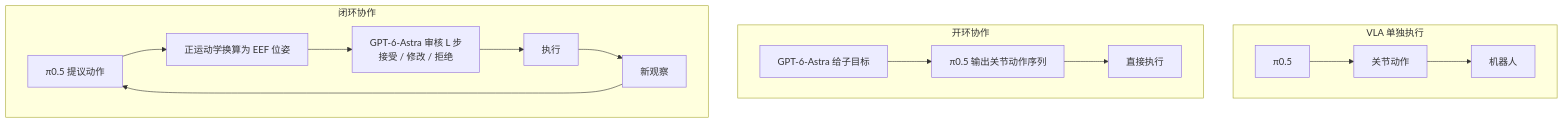
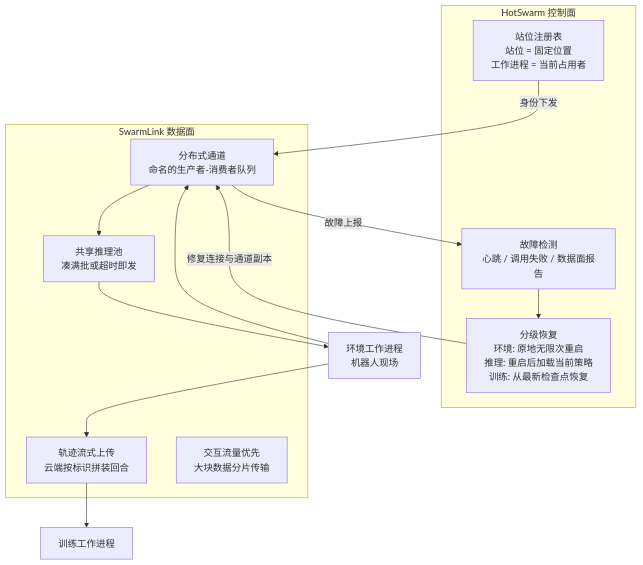
One commit to yingwang/paper-reads changed the fifth of 7 diagrams in docs/index.md. Above: the diagram before and after it, drawn with Mermaid. The commit also changed other lines of this file and 2 other files, not shown here.

````diff
--- a/docs/index.md
+++ b/docs/index.md
@@ -137,15 +268,23 @@
 ```mermaid
 flowchart TB
-    subgraph S1["VLA 单独执行"]
-        a1["π0.5"] --> a2["关节动作"] --> a3["机器人"]
+    subgraph 控制面["HotSwarm 控制面"]
+        REG["站位注册表<br/>站位 = 固定位置<br/>工作进程 = 当前占用者"]
+        DET["故障检测<br/>心跳 / 调用失败 / 数据面报告"]
+        REC["分级恢复<br/>环境: 原地无限次重启<br/>推理: 重启后加载当前策略<br/>训练: 从最新检查点恢复"]
     end
-    subgraph OL["开环协作"]
-        b1["GPT-6-Astra 给子目标"] --> b2["π0.5 输出关节动作序列"] --> b3["直接执行"]
+    subgraph 数据面["SwarmLink 数据面"]
+        CH["分布式通道<br/>命名的生产者-消费者队列"]
+        SI["共享推理池<br/>凑满批或超时即发"]
+        TS["轨迹流式上传<br/>云端按标识拼装回合"]
+        PRIO["交互流量优先<br/>大块数据分片传输"]
     end
-    subgraph CL["闭环协作"]
-        c1["π0.5 提议动作"] --> c2["正运动学换算为 EEF 位姿"]
-        c2 --> c3["GPT-6-Astra 审核 L 步<br/>接受 / 修改 / 拒绝"]
-        c3 --> c4["执行"]
-        c4 --> c5["新观察"] --> c1
-    end
+    ENV["环境工作进程<br/>机器人现场"] --> CH
+    CH --> SI
+    SI --> ENV
+    ENV --> TS
+    TS --> TRN["训练工作进程"]
+    REG -->|身份下发| CH
+    CH -->|故障上报| DET
+    DET --> REC
+    REC -->|修复连接与通道副本| CH
 ```
````
